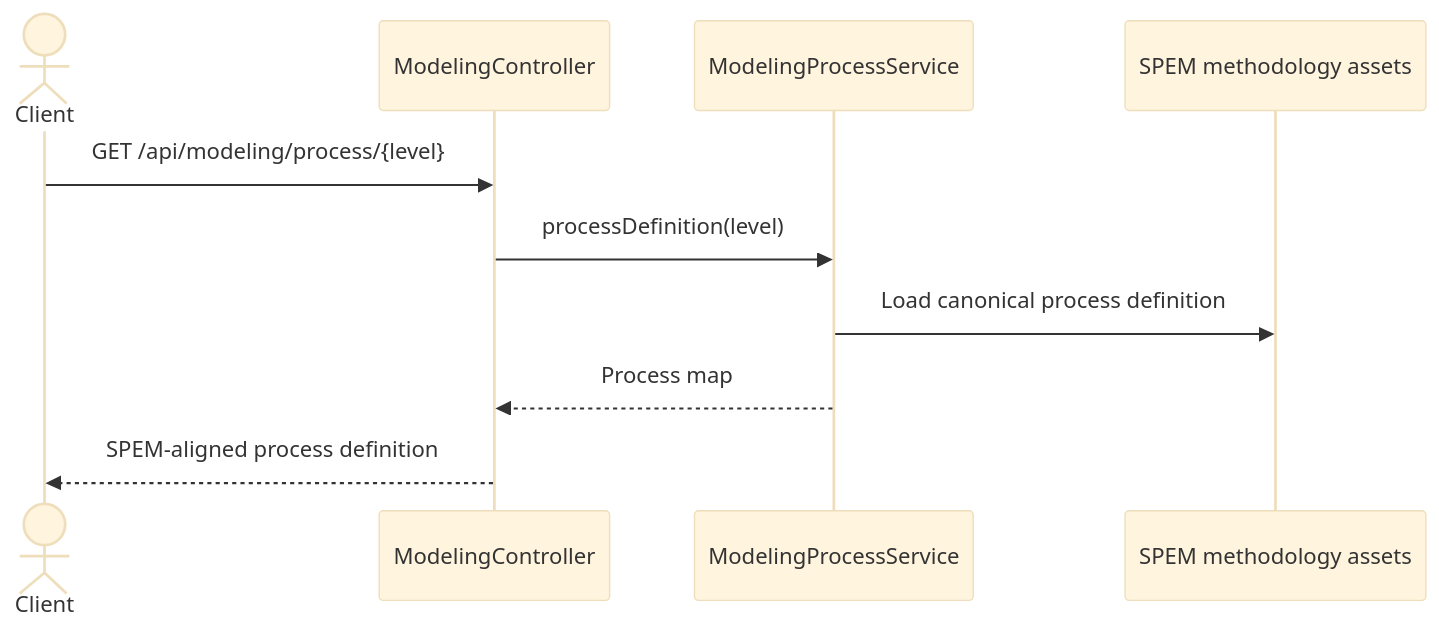
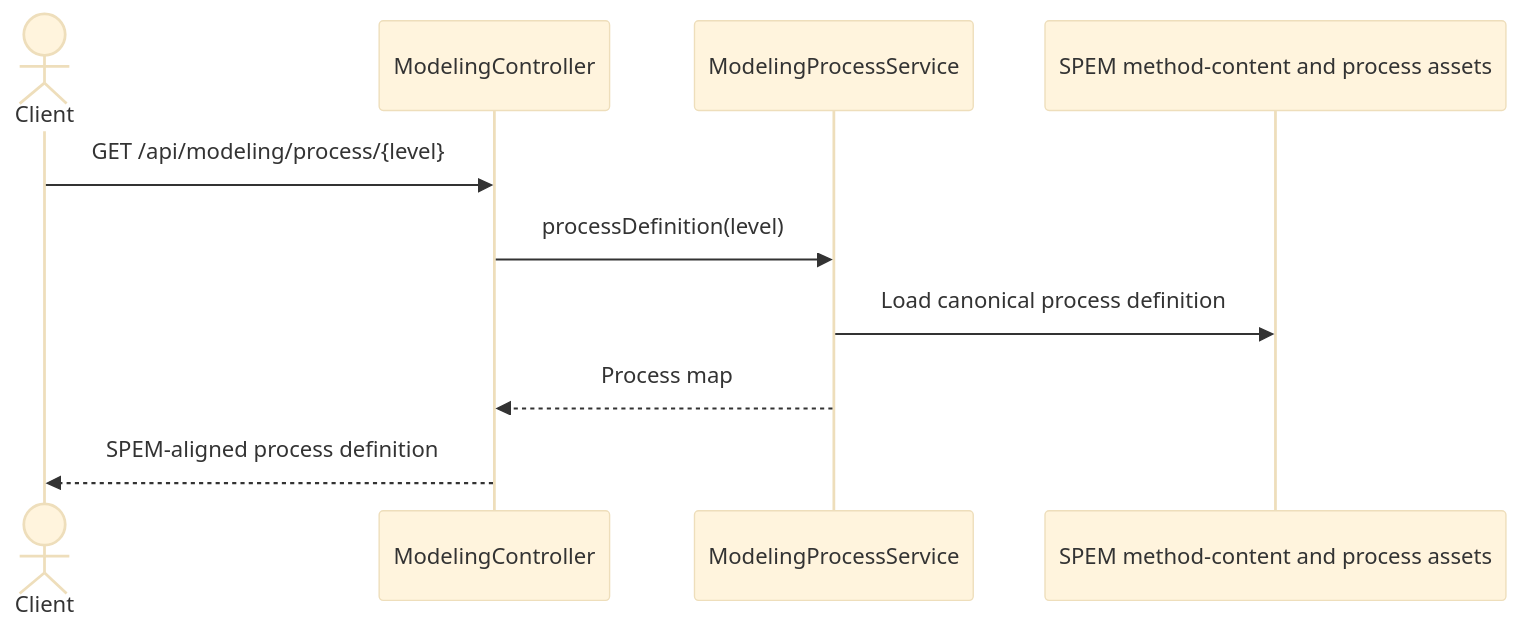
The fourth of 11 diagrams in docs/diagrams/12-api-modeling-system-sequences.md (mehdieidi/modriss), drawn with Mermaid (base theme) before and after one commit. The commit also changed 78 other files, not shown here.

````diff
--- a/docs/diagrams/12-api-modeling-system-sequences.md
+++ b/docs/diagrams/12-api-modeling-system-sequences.md
@@ -64,12 +64,12 @@
 ```mermaid
 sequenceDiagram
     actor Client
     participant C as ModelingController
     participant S as ModelingProcessService
-    participant R as SPEM methodology assets
+    participant R as SPEM method-content and process assets
     Client->>C: GET /api/modeling/process/{level}
     C->>S: processDefinition(level)
     S->>R: Load canonical process definition
     S-->>C: Process map
     C-->>Client: SPEM-aligned process definition
 ```
````
